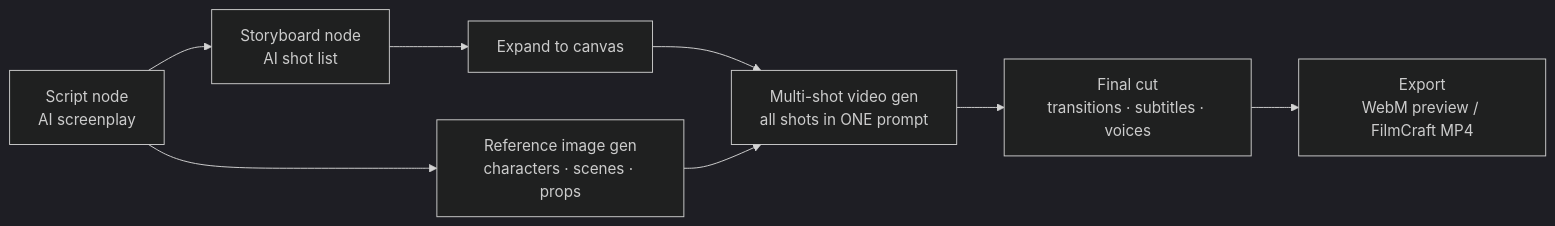
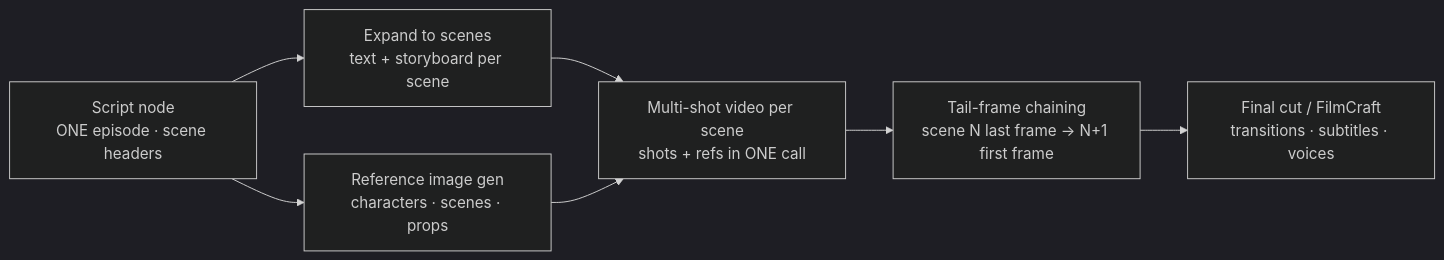
One commit to NINKCH/dsh-infinite_canvas changed the diagram in README.md. Above: the diagram before and after it, drawn with Mermaid (dark theme). The commit also changed other lines of this file and 8 other files, not shown here.

Commit message:
docs: 中文操作手册（时空邮递员全流程 + 截图）与 README 中英重写（对话驱动/案例/数据迁移/供应商模型配置）

````diff
--- a/README.md
+++ b/README.md
@@ -17,10 +48,9 @@
 ```mermaid
 flowchart LR
-    A[Script node<br>AI screenplay] --> B[Storyboard node<br>AI shot list]
-    B --> C[Expand to canvas]
-    C --> D[Multi-shot video gen<br>all shots in ONE prompt]
-    D --> E[Final cut<br>transitions · subtitles · voices]
-    E --> F[Export<br>WebM preview / FilmCraft MP4]
-    A --> G[Reference image gen<br>characters · scenes · props]
-    G --> D
+    A[Script node<br>ONE episode · scene headers] --> B[Expand to scenes<br>text + storyboard per scene]
+    B --> C[Multi-shot video per scene<br>shots + refs in ONE call]
+    C --> D[Tail-frame chaining<br>scene N last frame → N+1 first frame]
+    A --> E[Reference image gen<br>characters · scenes · props]
+    E --> C
+    D --> F[Final cut / FilmCraft<br>transitions · subtitles · voices]
 ```
````
